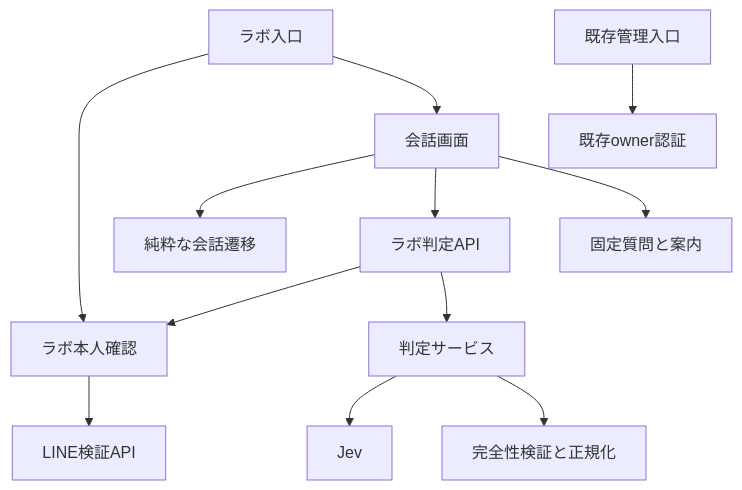
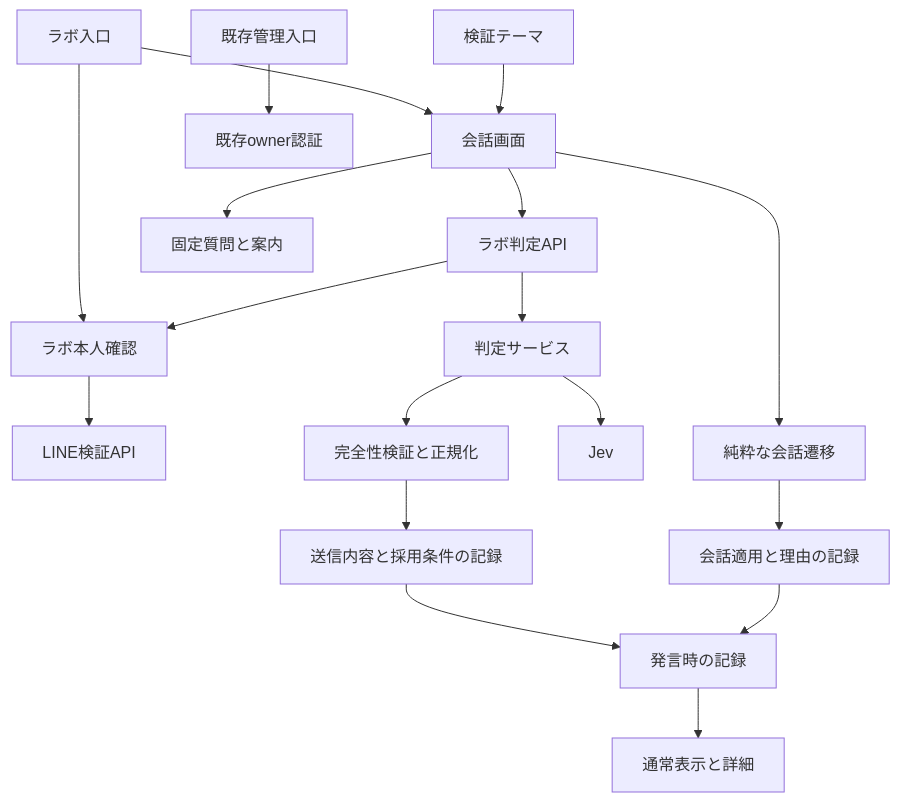
One commit to KentaOsabe-Personal/line-message-playground changed the first of 3 diagrams in .kiro/specs/text-judgment-lab/design.md. Above: the diagram before and after it, drawn with Mermaid. The commit also changed other lines of this file and 4 other files, not shown here.

````diff
--- a/.kiro/specs/text-judgment-lab/design.md
+++ b/.kiro/specs/text-judgment-lab/design.md
@@ -57,14 +61,20 @@
 ```mermaid
 graph TB
     Entry[ラボ入口] --> Access[ラボ本人確認]
     Access --> Line[LINE検証API]
     Entry --> Chat[会話画面]
     Chat --> State[純粋な会話遷移]
     Chat --> Api[ラボ判定API]
     Api --> Access
     Api --> Judge[判定サービス]
     Judge --> Jev[Jev]
     Judge --> Policy[完全性検証と正規化]
+    Policy --> Inspection[送信内容と採用条件の記録]
+    State --> Application[会話適用と理由の記録]
+    Inspection --> Record[発言時の記録]
+    Application --> Record
+    Record --> View[通常表示と詳細]
+    Themes[検証テーマ] --> Chat
     Chat --> Content[固定質問と案内]
     Admin[既存管理入口] --> Owner[既存owner認証]
 ```
````
